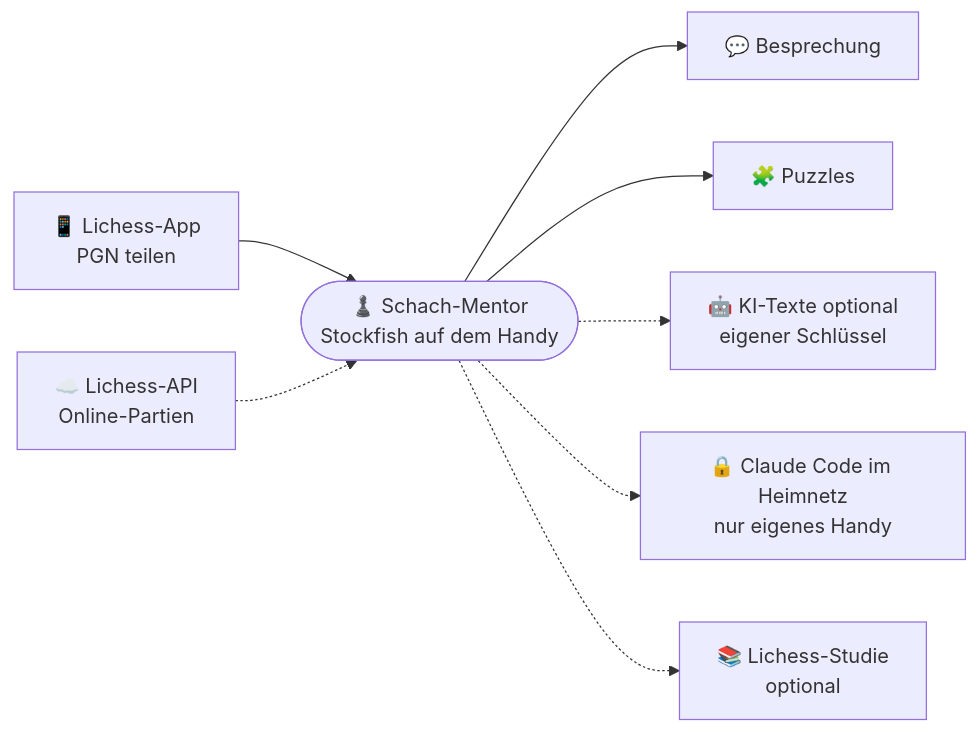
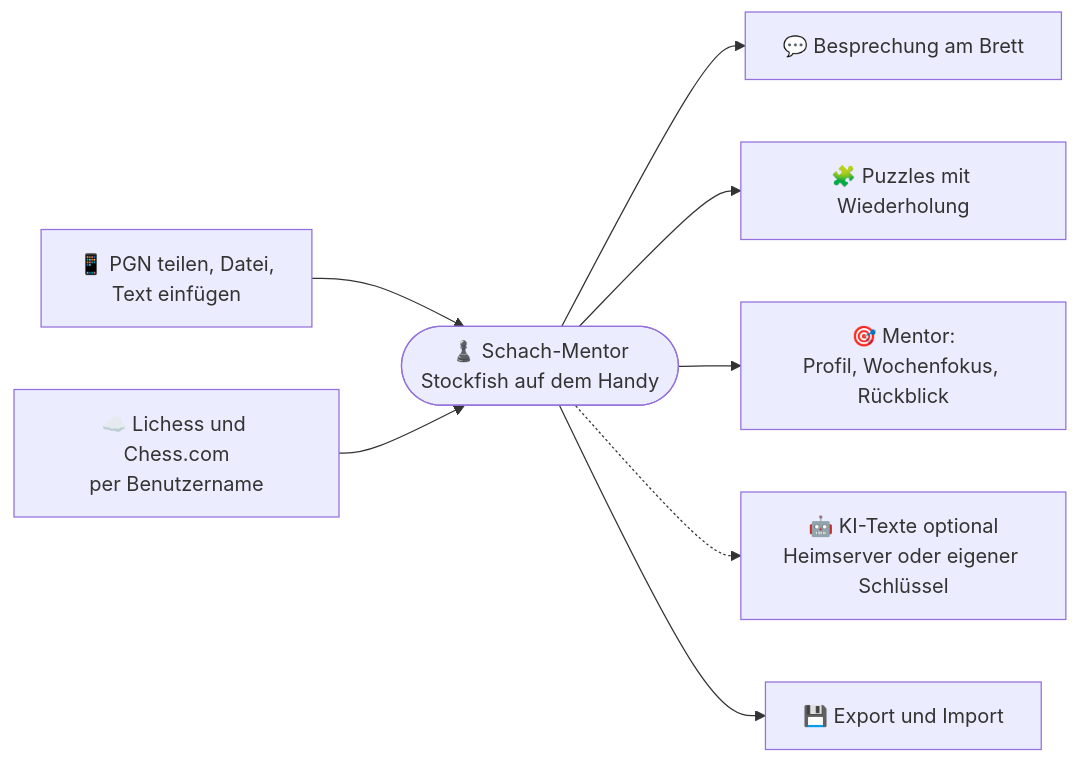
The first of 7 diagrams in README.md (adubdubdub/chess-mentor-app), drawn with Mermaid before and after one commit. The commit also changed other lines of this file, not shown here.

Commit message:
README: Mentor (Profil, Wochenfokus, Rückblick, Benachrichtigungen), Datenmodell, Testaufbau, Stolpersteine, Roadmap-Stand

````diff
--- a/README.md
+++ b/README.md
@@ -26,10 +32,10 @@
 ```mermaid
 flowchart LR
-    A["📱 Lichess-App<br/>PGN teilen"] --> M
-    L["☁️ Lichess-API<br/>Online-Partien"] -.-> M
-    M(["♟️ Schach-Mentor<br/>Stockfish auf dem Handy"]) --> R["💬 Besprechung"]
-    M --> P["🧩 Puzzles"]
-    M -.-> C["🤖 KI-Texte optional<br/>eigener Schlüssel"]
-    M -.-> H["🔒 Claude Code im Heimnetz<br/>nur eigenes Handy"]
-    M -.-> S["📚 Lichess-Studie<br/>optional"]
+    A["📱 PGN teilen, Datei,<br/>Text einfügen"] --> M
+    L["☁️ Lichess und Chess.com<br/>per Benutzername"] --> M
+    M(["♟️ Schach-Mentor<br/>Stockfish auf dem Handy"]) --> R["💬 Besprechung am Brett"]
+    M --> P["🧩 Puzzles mit Wiederholung"]
+    M --> T["🎯 Mentor:<br/>Profil, Wochenfokus, Rückblick"]
+    M -.-> C["🤖 KI-Texte optional<br/>Heimserver oder eigener Schlüssel"]
+    M --> E["💾 Export und Import"]
 ```
````
